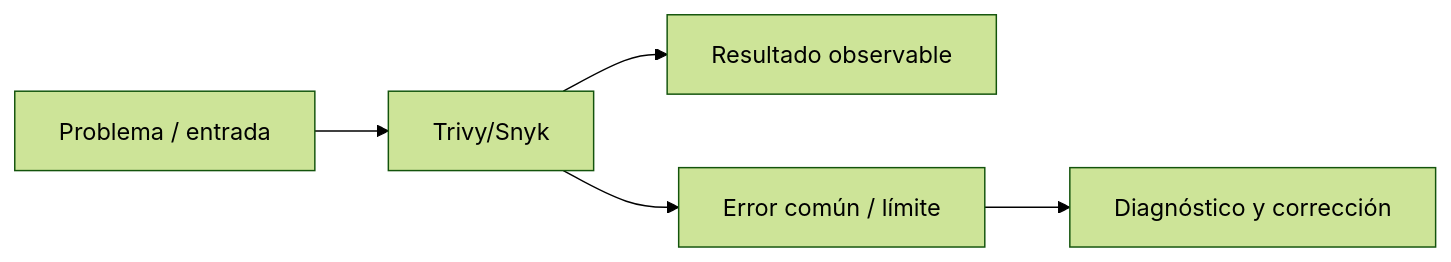
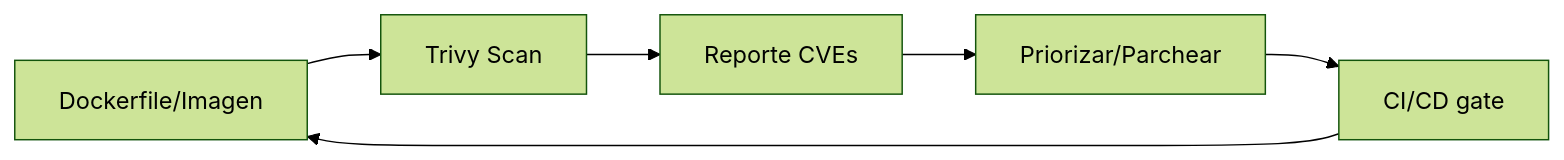
The diagram in docs/cursos/springboot-microservicios-desde-cero/fichas/m09-l10-trivy-snyk.md (NICORUIZ93/The_Imperial_Book), drawn with Mermaid (forest theme) before and after one commit. The commit also changed other lines of this file and 119 other files, not shown here.

````diff
--- a/docs/cursos/springboot-microservicios-desde-cero/fichas/m09-l10-trivy-snyk.md
+++ b/docs/cursos/springboot-microservicios-desde-cero/fichas/m09-l10-trivy-snyk.md
@@ -19,7 +27,8 @@
 ```mermaid
 flowchart LR
-  A[Problema / entrada] --> B[Trivy/Snyk]
-  B --> C[Resultado observable]
-  B --> D[Error común / límite]
-  D --> E[Diagnóstico y corrección]
+  D[Dockerfile/Imagen] --> S[Trivy Scan]
+  S --> R[Reporte CVEs]
+  R --> P[Priorizar/Parchear]
+  P --> CI[CI/CD gate]
+  CI --> D
 ```
````
